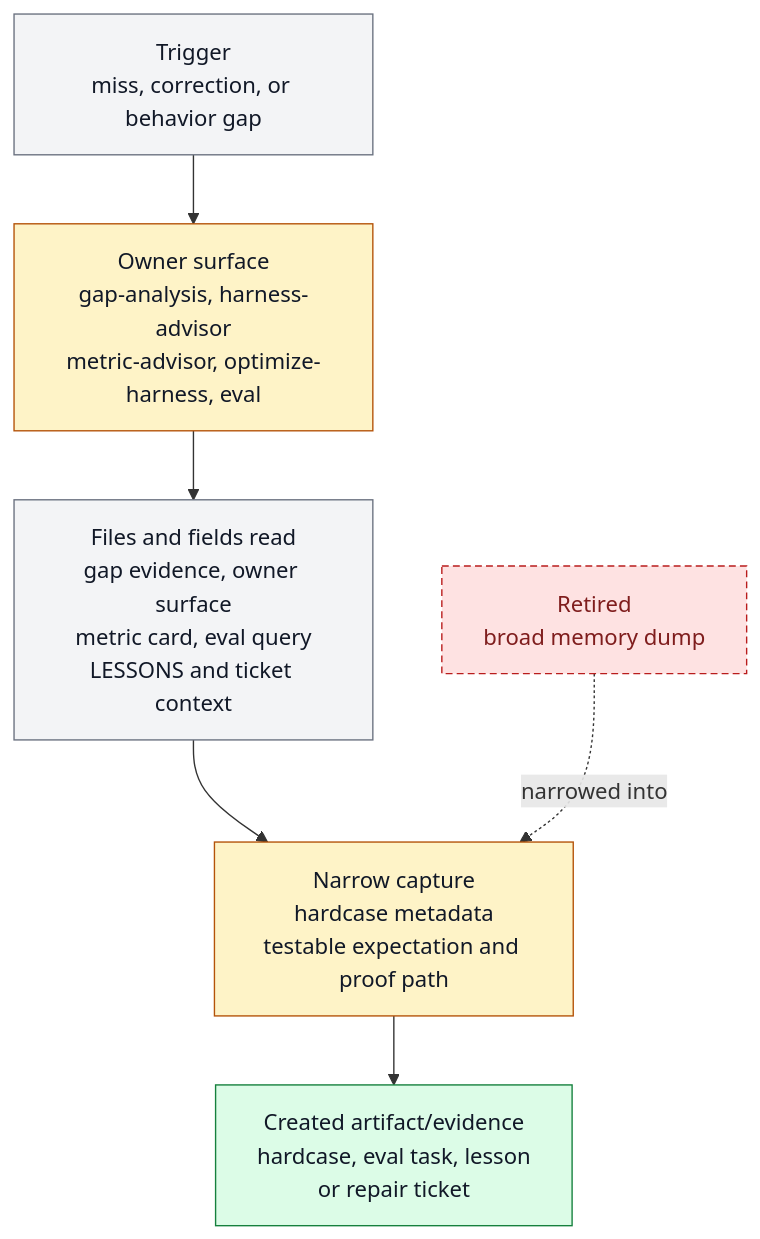
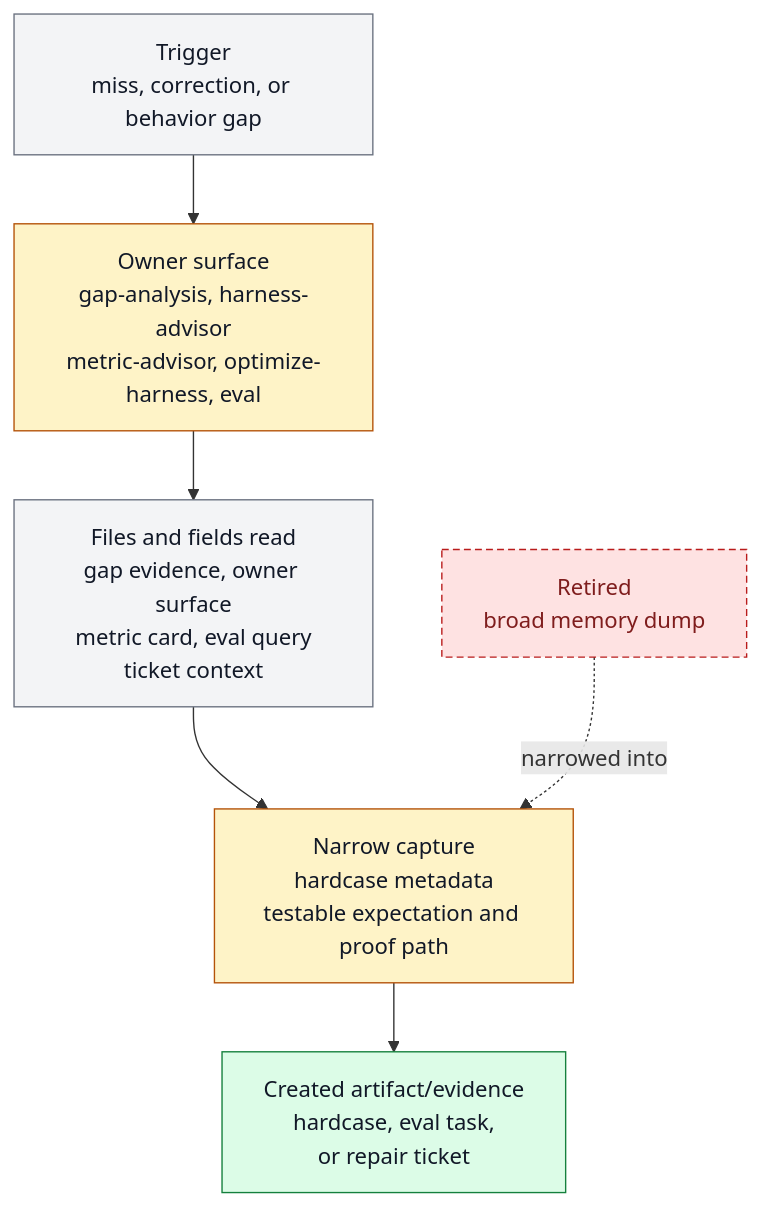
Before and after one commit to ZanarkandTechnologies/Farplane: the diagram in docs/features/FEAT-0039-behavior-correction-hardcase-metadata-and-narrow-eval-capture.md, drawn with Mermaid. The commit also changed other lines of this file and 38 other files, not shown here.

````diff
--- a/docs/features/FEAT-0039-behavior-correction-hardcase-metadata-and-narrow-eval-capture.md
+++ b/docs/features/FEAT-0039-behavior-correction-hardcase-metadata-and-narrow-eval-capture.md
@@ -123,17 +121,17 @@
 ```mermaid
 flowchart TD
   classDef keep fill:#f3f4f6,stroke:#6b7280,color:#111827
   classDef changed fill:#fef3c7,stroke:#b45309,color:#111827
   classDef added fill:#dcfce7,stroke:#15803d,color:#111827
   classDef retired fill:#fee2e2,stroke:#b91c1c,color:#7f1d1d,stroke-dasharray: 5 3
 
   trigger["Trigger<br/>miss, correction, or behavior gap"]:::keep
   owner["Owner surface<br/>gap-analysis, harness-advisor<br/>metric-advisor, optimize-harness, eval"]:::changed
-  readers["Files and fields read<br/>gap evidence, owner surface<br/>metric card, eval query<br/>LESSONS and ticket context"]:::keep
+  readers["Files and fields read<br/>gap evidence, owner surface<br/>metric card, eval query<br/>ticket context"]:::keep
   capture["Narrow capture<br/>hardcase metadata<br/>testable expectation and proof path"]:::changed
-  artifact["Created artifact/evidence<br/>hardcase, eval task, lesson<br/>or repair ticket"]:::added
+  artifact["Created artifact/evidence<br/>hardcase, eval task,<br/>or repair ticket"]:::added
   old["Retired<br/>broad memory dump"]:::retired
 
   trigger --> owner --> readers --> capture --> artifact
   old -. narrowed into .-> capture
 ```
````
